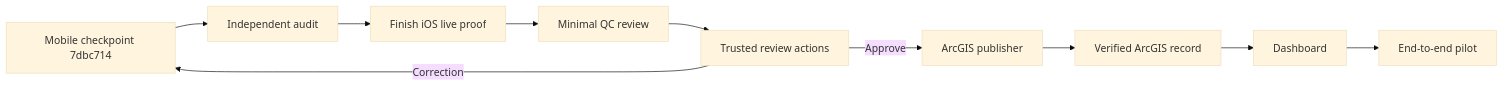
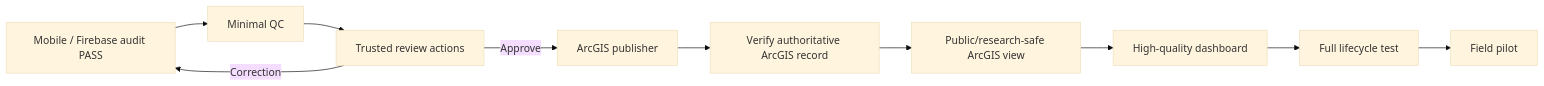
Before and after one commit to UnbrokenMango21/watershed-water-quality-dashboard: the second of 2 diagrams in docs/PROJECT_STATUS.md, drawn with Mermaid (base theme). The commit also changed other lines of this file, not shown here.

Commit message:
docs: mark mobile audit pass and QC as active next phase

````diff
--- a/docs/PROJECT_STATUS.md
+++ b/docs/PROJECT_STATUS.md
@@ -80,12 +86,12 @@
 ```mermaid
 flowchart LR
-    A[Mobile checkpoint 7dbc714] --> B[Independent audit]
-    B --> C[Finish iOS live proof]
-    C --> D[Minimal QC review]
-    D --> E[Trusted review actions]
-    E -->|Approve| F[ArcGIS publisher]
-    E -->|Correction| A
-    F --> G[Verified ArcGIS record]
-    G --> H[Dashboard]
-    H --> I[End-to-end pilot]
+    A[Mobile / Firebase audit PASS] --> B[Minimal QC]
+    B --> C[Trusted review actions]
+    C -->|Correction| A
+    C -->|Approve| D[ArcGIS publisher]
+    D --> E[Verify authoritative ArcGIS record]
+    E --> F[Public/research-safe ArcGIS view]
+    F --> G[High-quality dashboard]
+    G --> H[Full lifecycle test]
+    H --> I[Field pilot]
 ```
````
